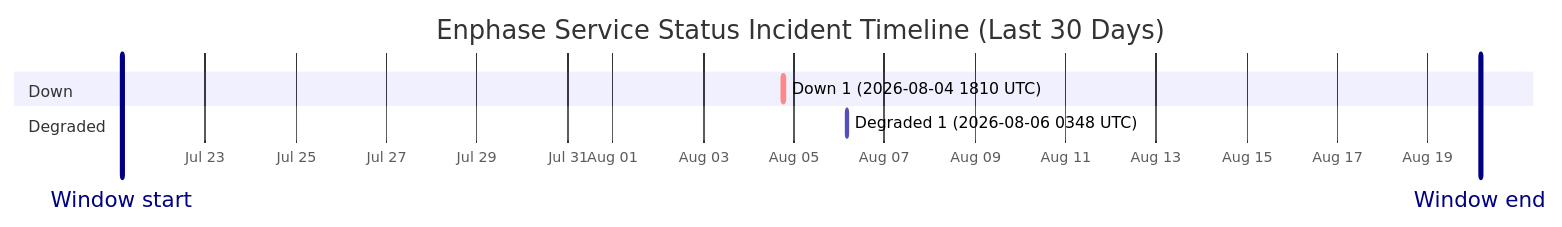
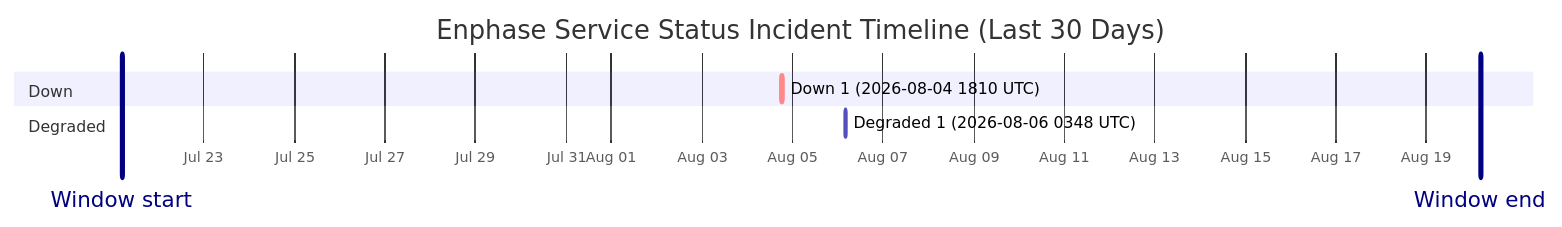
One commit to barneyonline/ha-enphase-energy changed the diagram in wiki/Service-Status-History.md. Above: the diagram before and after it, drawn with Mermaid. The commit also changed other lines of this file and 3 other files, not shown here.

````diff
--- a/wiki/Service-Status-History.md
+++ b/wiki/Service-Status-History.md
@@ -14,12 +14,12 @@
 ```mermaid
 gantt
     title Enphase Service Status Incident Timeline (Last 30 Days)
     dateFormat  YYYY-MM-DDTHH:mm:ss
     axisFormat  %b %d
-    Window start :vert, window-start, 2026-07-21T03:44:16, 0ms
-    Window end :vert, window-end, 2026-08-20T03:44:16, 0ms
+    Window start :vert, window-start, 2026-07-21T04:34:45, 0ms
+    Window end :vert, window-end, 2026-08-20T04:34:45, 0ms
     section Down
     Down 1 (2026-08-04 1810 UTC) :crit, down-1, 2026-08-04T18:10:46, 60m
     section Degraded
     Degraded 1 (2026-08-06 0348 UTC) :active, degraded-1, 2026-08-06T03:48:14, 60m
 ```
````
